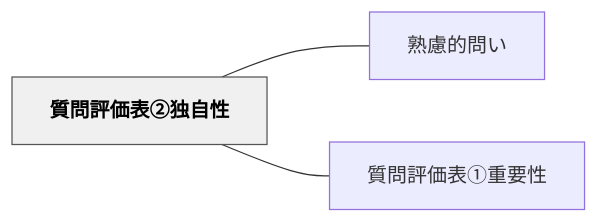
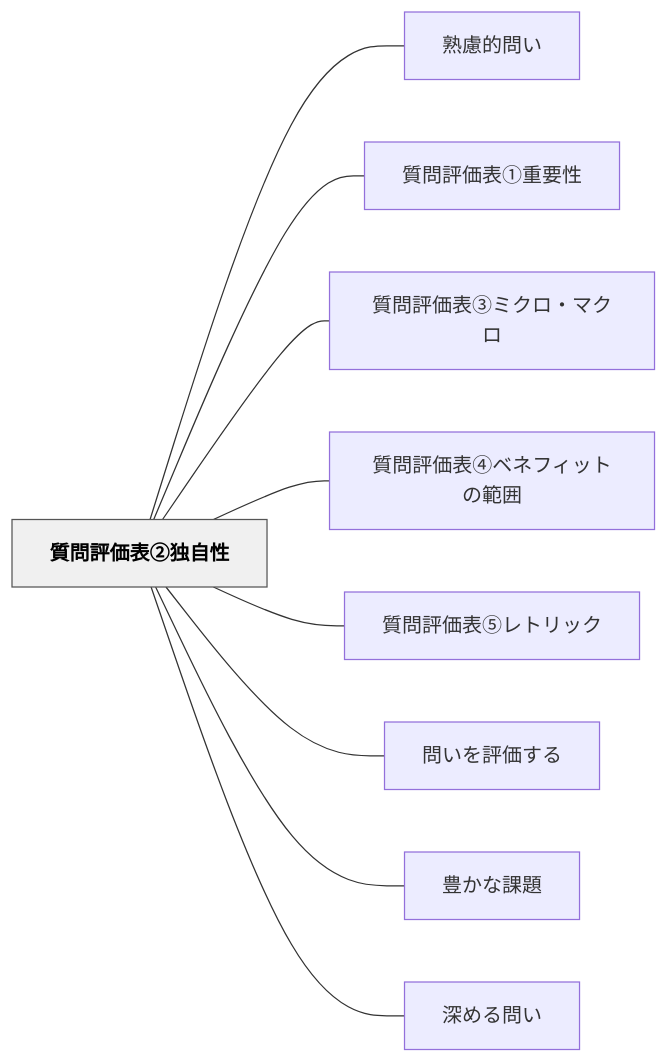
The diagram in content/パタン/質問評価表②独自性.md (unknownthings-ed-patterns/unknownthings-ed-patterns), drawn with Mermaid before and after one commit. The commit also changed other lines of this file and 44 other files, not shown here.

````diff
--- a/content/パタン/質問評価表②独自性.md
+++ b/content/パタン/質問評価表②独自性.md
@@ -47,12 +53,24 @@
 ```mermaid
 flowchart LR
     ne8b3aae5958fe8a995e4bea1e8a1a8e291a1e78bace887aae680a7["質問評価表②独自性"]
     ne7869fe685aee79a84e5958fe38184["熟慮的問い"]
     ne8b3aae5958fe8a995e4bea1e8a1a8e291a0e9878de8a681e680a7["質問評価表①重要性"]
+    ne8b3aae5958fe8a995e4bea1e8a1a8e291a2e3839fe382afe383ade383bbe3839ee382afe383ad["質問評価表③ミクロ・マクロ"]
+    ne8b3aae5958fe8a995e4bea1e8a1a8e291a3e38399e3838de38395e382a3e38383e38388e381aee7af84e59bb2["質問評価表④ベネフィットの範囲"]
+    ne8b3aae5958fe8a995e4bea1e8a1a8e291a4e383ace38388e383aae38383e382af["質問評価表⑤レトリック"]
+    ne5958fe38184e38292e8a995e4bea1e38199e3828b["問いを評価する"]
+    ne8b18ae3818be381aae8aab2e9a18c["豊かな課題"]
+    ne6b7b1e38281e3828be5958fe38184["深める問い"]
 
     ne8b3aae5958fe8a995e4bea1e8a1a8e291a1e78bace887aae680a7 --- ne7869fe685aee79a84e5958fe38184
     ne8b3aae5958fe8a995e4bea1e8a1a8e291a1e78bace887aae680a7 --- ne8b3aae5958fe8a995e4bea1e8a1a8e291a0e9878de8a681e680a7
+    ne8b3aae5958fe8a995e4bea1e8a1a8e291a1e78bace887aae680a7 --- ne8b3aae5958fe8a995e4bea1e8a1a8e291a2e3839fe382afe383ade383bbe3839ee382afe383ad
+    ne8b3aae5958fe8a995e4bea1e8a1a8e291a1e78bace887aae680a7 --- ne8b3aae5958fe8a995e4bea1e8a1a8e291a3e38399e3838de38395e382a3e38383e38388e381aee7af84e59bb2
+    ne8b3aae5958fe8a995e4bea1e8a1a8e291a1e78bace887aae680a7 --- ne8b3aae5958fe8a995e4bea1e8a1a8e291a4e383ace38388e383aae38383e382af
+    ne8b3aae5958fe8a995e4bea1e8a1a8e291a1e78bace887aae680a7 --- ne5958fe38184e38292e8a995e4bea1e38199e3828b
+    ne8b3aae5958fe8a995e4bea1e8a1a8e291a1e78bace887aae680a7 --- ne8b18ae3818be381aae8aab2e9a18c
+    ne8b3aae5958fe8a995e4bea1e8a1a8e291a1e78bace887aae680a7 --- ne6b7b1e38281e3828be5958fe38184
 
     classDef hub fill:#f0f0f0,stroke:#555,color:#000,font-weight:bold
     class ne8b3aae5958fe8a995e4bea1e8a1a8e291a1e78bace887aae680a7 hub
 ```
````
